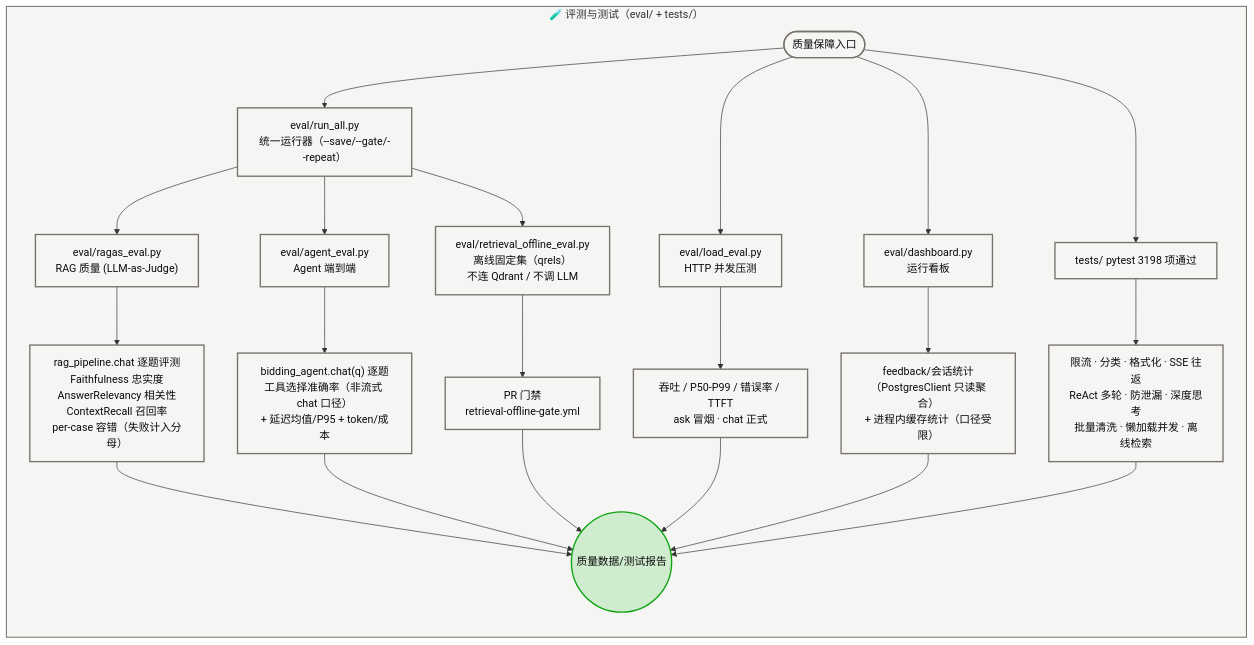
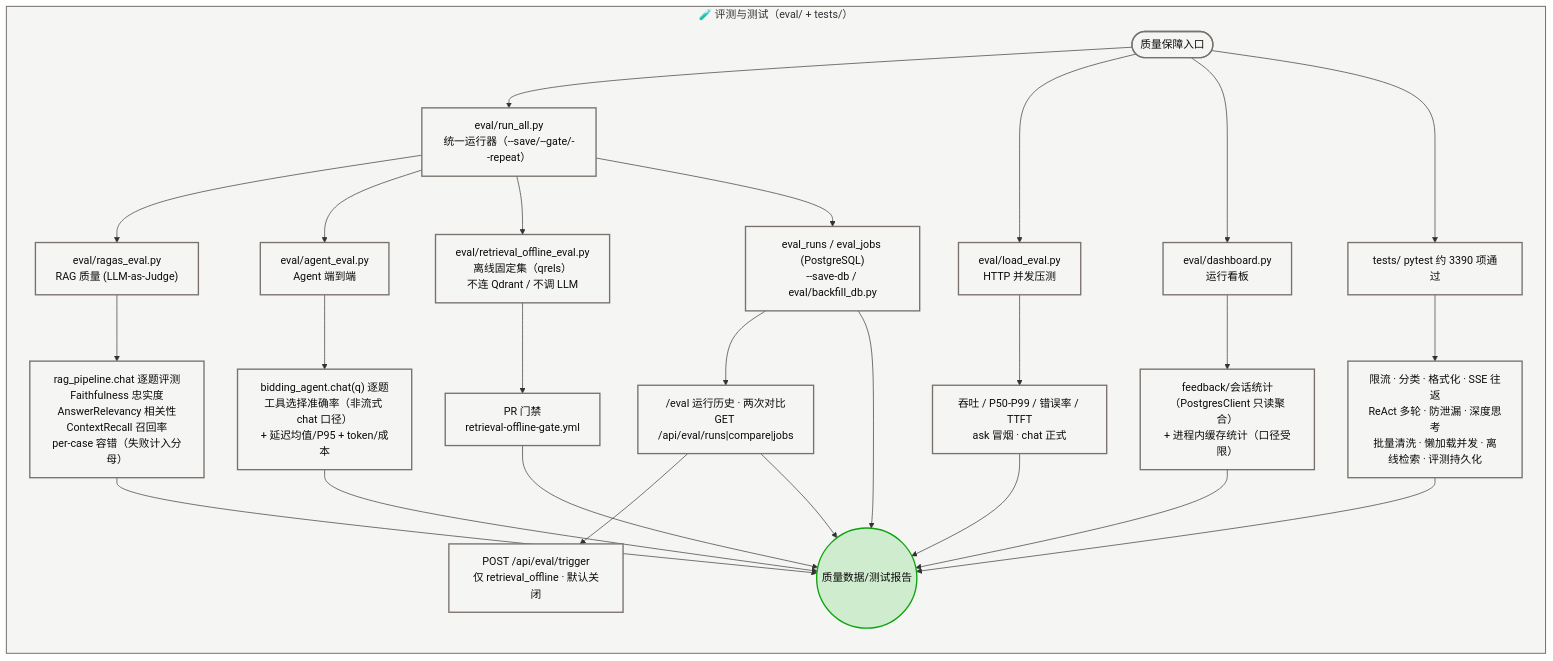
One commit to lj105183000/bidding-agent changed diagram 20 of 20 in bidding-agent/docs/组件工作机制.md. Above: the diagram before and after it, drawn with Mermaid. The commit also changed other lines of this file and 35 other files, not shown here.

````diff
--- a/bidding-agent/docs/组件工作机制.md
+++ b/bidding-agent/docs/组件工作机制.md
@@ -784,26 +786,29 @@
 ```mermaid
 flowchart TB
   subgraph EVAL["🧪 评测与测试（eval/ + tests/）"]
     direction TB
     V0(["质量保障入口"]) --> V10["eval/run_all.py<br/>统一运行器（--save/--gate/--repeat）"]
     V10 --> V1["eval/ragas_eval.py<br/>RAG 质量 (LLM-as-Judge)"]
     V1 --> V2["rag_pipeline.chat 逐题评测<br/>Faithfulness 忠实度<br/>AnswerRelevancy 相关性<br/>ContextRecall 召回率<br/>per-case 容错（失败计入分母）"]
     V10 --> V3["eval/agent_eval.py<br/>Agent 端到端"]
     V3 --> V4["bidding_agent.chat(q) 逐题<br/>工具选择准确率（非流式 chat 口径）<br/>+ 延迟均值/P95 + token/成本"]
     V10 --> V11["eval/retrieval_offline_eval.py<br/>离线固定集（qrels）<br/>不连 Qdrant / 不调 LLM"]
     V11 --> V14["PR 门禁<br/>retrieval-offline-gate.yml"]
+    V10 --> V15["eval_runs / eval_jobs (PostgreSQL)<br/>--save-db / eval/backfill_db.py"]
+    V15 --> V16["/eval 运行历史 · 两次对比<br/>GET /api/eval/runs|compare|jobs"]
+    V16 --> V17["POST /api/eval/trigger<br/>仅 retrieval_offline · 默认关闭"]
     V0 --> V12["eval/load_eval.py<br/>HTTP 并发压测"]
     V12 --> V13["吞吐 / P50-P99 / 错误率 / TTFT<br/>ask 冒烟 · chat 正式"]
     V0 --> V5["eval/dashboard.py<br/>运行看板"]
     V5 --> V6["feedback/会话统计（PostgresClient 只读聚合）<br/>+ 进程内缓存统计（口径受限）"]
-    V0 --> V7["tests/ pytest 3198 项通过"]
-    V7 --> V8["限流 · 分类 · 格式化 · SSE 往返<br/>ReAct 多轮 · 防泄漏 · 深度思考<br/>批量清洗 · 懒加载并发 · 离线检索"]
-    V2 & V4 & V6 & V8 & V13 & V14 --> V9(("质量数据/测试报告"))
+    V0 --> V7["tests/ pytest 约 3390 项通过"]
+    V7 --> V8["限流 · 分类 · 格式化 · SSE 往返<br/>ReAct 多轮 · 防泄漏 · 深度思考<br/>批量清洗 · 懒加载并发 · 离线检索 · 评测持久化"]
+    V2 & V4 & V6 & V8 & V13 & V14 & V15 & V16 --> V9(("质量数据/测试报告"))
   end
 
   classDef cEV fill:#f5f5f4,stroke:#78716c,stroke-width:2px,color:#0b0b0b;
   classDef cOK fill:#cfeccf,stroke:#0ca30c,stroke-width:2px,color:#0b0b0b;
-  class V0,V1,V2,V3,V4,V5,V6,V7,V8,V10,V11,V12,V13,V14 cEV;
+  class V0,V1,V2,V3,V4,V5,V6,V7,V8,V10,V11,V12,V13,V14,V15,V16,V17 cEV;
   class V9 cOK;
   style EVAL fill:#f5f5f4,stroke:#78716c,stroke-width:1.5px;
 ```
````
